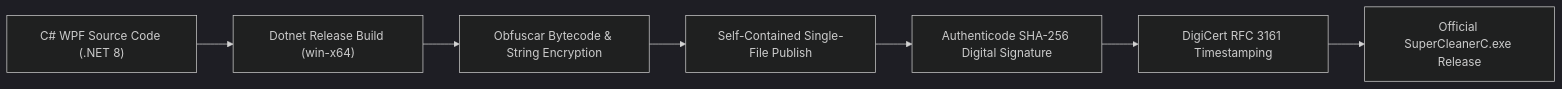
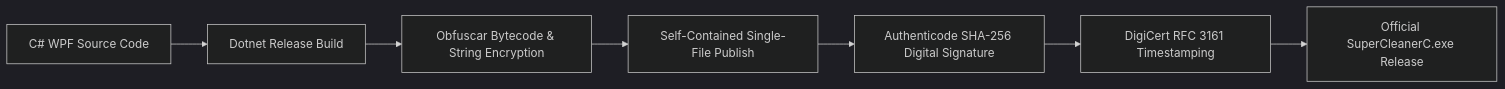
Before and after one commit to weka-eg/SuperCleanerC-Releases: the diagram in SECURITY.md, drawn with Mermaid (dark theme). The commit also changed other lines of this file, not shown here.

````diff
--- a/SECURITY.md
+++ b/SECURITY.md
@@ -35,9 +35,9 @@
 ```mermaid
 flowchart LR
-    A["C# WPF Source Code (.NET 8)"] --> B["Dotnet Release Build (win-x64)"]
-    B --> C["Obfuscar Bytecode & String Encryption"]
-    C --> D["Self-Contained Single-File Publish"]
-    D --> E["Authenticode SHA-256 Digital Signature"]
-    E --> F["DigiCert RFC 3161 Timestamping"]
-    F --> G["Official SuperCleanerC.exe Release"]
+    A[C# WPF Source Code] --> B[Dotnet Release Build]
+    B --> C[Obfuscar Bytecode & String Encryption]
+    C --> D[Self-Contained Single-File Publish]
+    D --> E[Authenticode SHA-256 Digital Signature]
+    E --> F[DigiCert RFC 3161 Timestamping]
+    F --> G[Official SuperCleanerC.exe Release]
 ```
````
